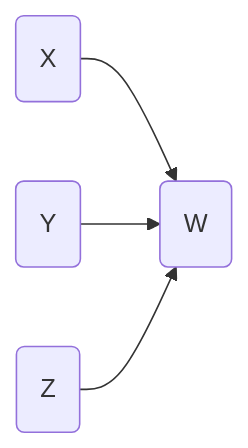
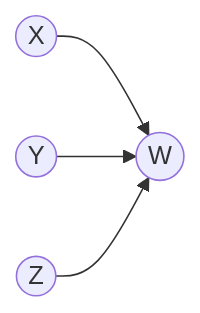
The second of 4 diagrams in README.Rmd (santikka/cfid), drawn with Mermaid before and after one commit. The commit also changed other lines of this file and 1 other file, not shown here.

````diff
--- a/README.Rmd
+++ b/README.Rmd
@@ -67,6 +67,6 @@
 ```mermaid
 flowchart LR;
-  X(X)-->W(W);
-  Y(Y)-->W;
-  Z(Z)-->W;
+  X((X))-->W((W));
+  Y((Y))-->W;
+  Z((Z))-->W;
 ```
````
